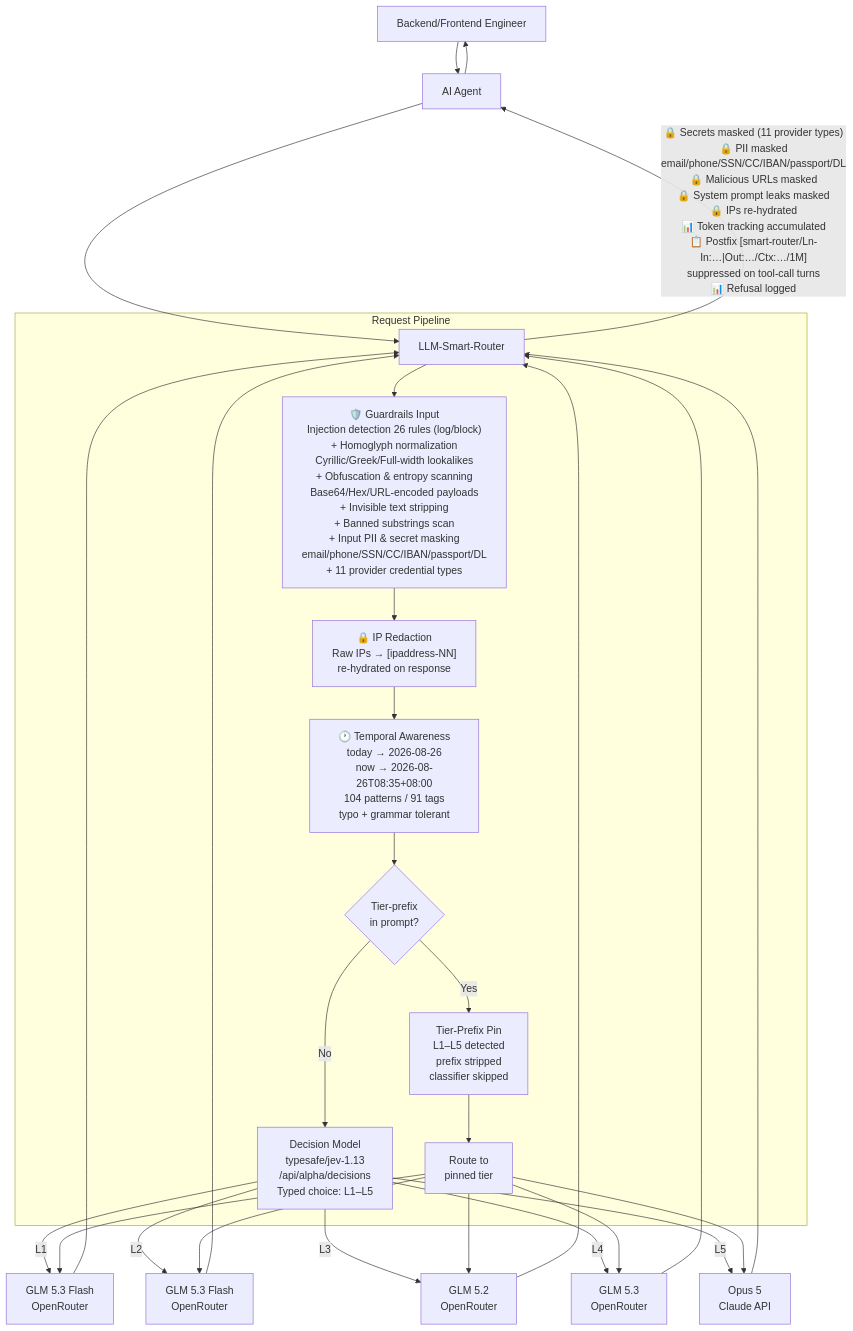
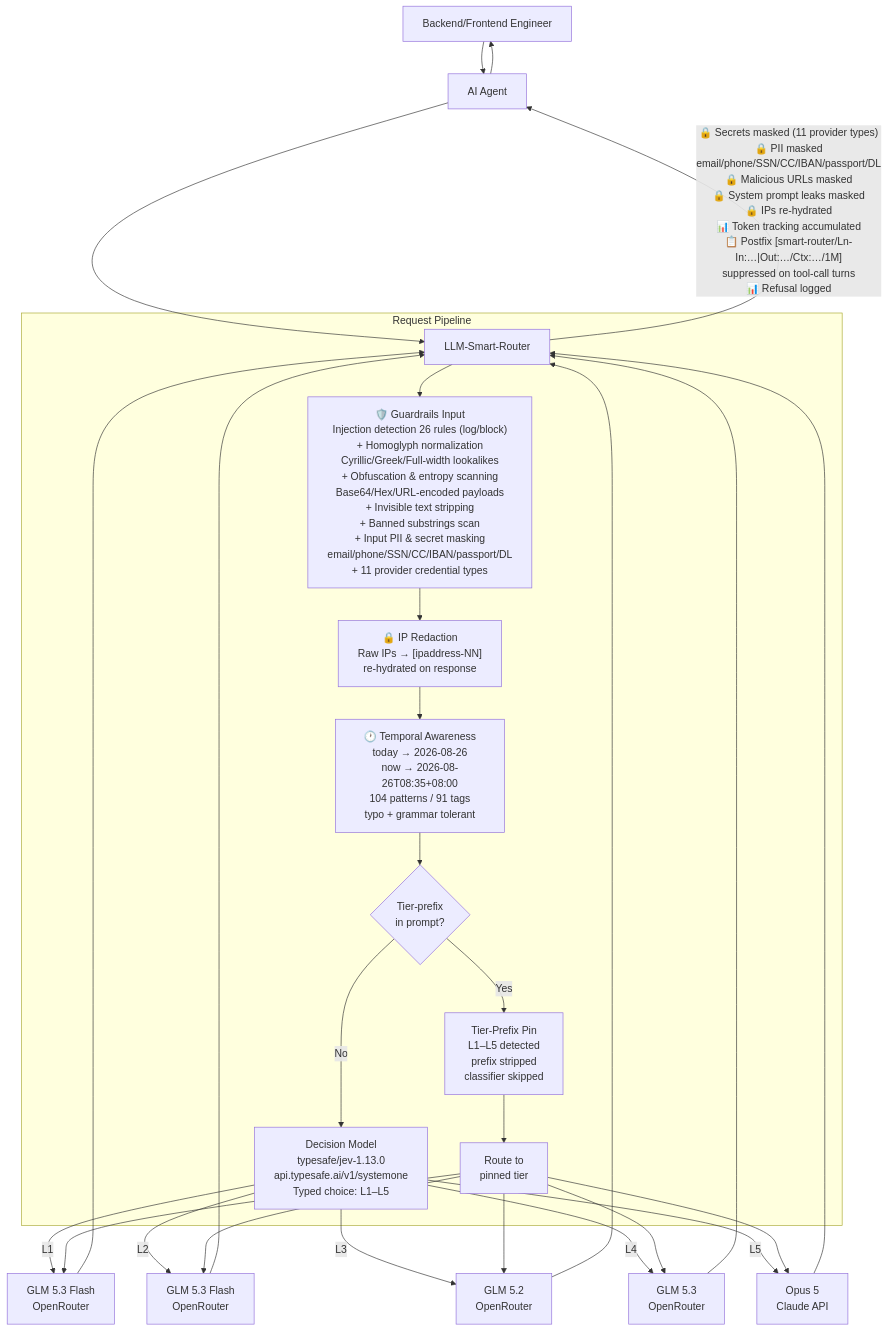
The diagram in README.md (Green-Needle-Tech/llm-smart-router), drawn with Mermaid before and after one commit. The commit also changed other lines of this file and 6 other files, not shown here.

````diff
--- a/README.md
+++ b/README.md
@@ -300,35 +302,35 @@
 ```mermaid
 flowchart TD
     A[Backend/Frontend Engineer] --> B[AI Agent]
     B --> C[LLM-Smart-Router]
 
     subgraph Router [Request Pipeline]
         C --> P1["🛡️ Guardrails Input<br/>Injection detection 26 rules (log/block)<br/>+ Homoglyph normalization<br/>Cyrillic/Greek/Full-width lookalikes<br/>+ Obfuscation & entropy scanning<br/>Base64/Hex/URL-encoded payloads<br/>+ Invisible text stripping<br/>+ Banned substrings scan<br/>+ Input PII & secret masking<br/>email/phone/SSN/CC/IBAN/passport/DL<br/>+ 11 provider credential types"]
         P1 --> P2["🔒 IP Redaction<br/>Raw IPs → [ipaddress-NN]<br/>re-hydrated on response"]
         P2 --> P2T["🕐 Temporal Awareness<br/>today → 2026-08-26<br/>now → 2026-08-26T08:35+08:00<br/>104 patterns / 91 tags<br/>typo + grammar tolerant"]
         P2T --> TP{"Tier-prefix<br/>in prompt?"}
         TP -->|Yes| TP2["Tier-Prefix Pin<br/>L1–L5 detected<br/>prefix stripped<br/>classifier skipped"]
-        TP -->|No| D["Decision Model<br/>typesafe/jev-1.13<br/>/api/alpha/decisions<br/>Typed choice: L1–L5"]
+        TP -->|No| D["Decision Model<br/>typesafe/jev-1.13.0<br/>api.typesafe.ai/v1/systemone<br/>Typed choice: L1–L5"]
         TP2 --> D2["Route to<br/>pinned tier"]
     end
 
     D -->|L1| E[GLM 5.3 Flash<br/>OpenRouter]
     D -->|L2| F[GLM 5.3 Flash<br/>OpenRouter]
     D -->|L3| F2[GLM 5.2<br/>OpenRouter]
     D -->|L4| F3[GLM 5.3<br/>OpenRouter]
     D -->|L5| H[Opus 5<br/>Claude API]
     D2 --> E
     D2 --> F
     D2 --> F2
     D2 --> F3
     D2 --> H
 
     E --> C
     F --> C
     F2 --> C
     F3 --> C
     H --> C
 
     C -->|"🔒 Secrets masked (11 provider types)<br/>🔒 PII masked<br/>email/phone/SSN/CC/IBAN/passport/DL<br/>🔒 Malicious URLs masked<br/>🔒 System prompt leaks masked<br/>🔒 IPs re-hydrated<br/>📊 Token tracking accumulated<br/>📋 Postfix [smart-router/Ln-In:…|Out:…/Ctx:…/1M]<br/>suppressed on tool-call turns<br/>📊 Refusal logged"| B
     B --> A
 ```
````
